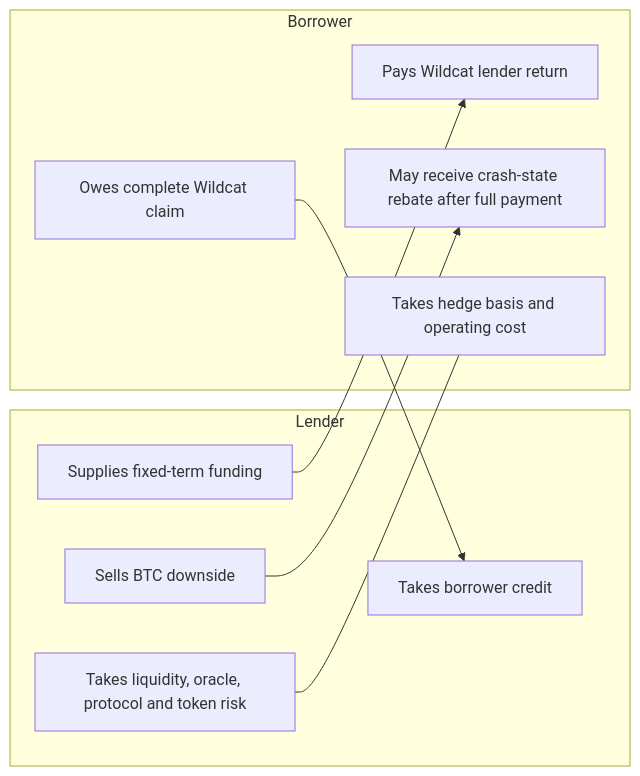
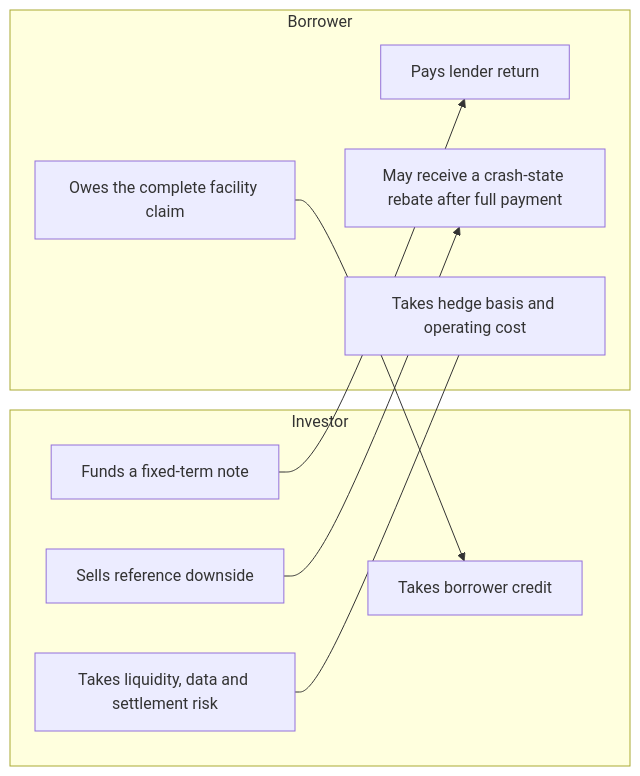
One commit to laurenceday/brc-research changed the sixth of 6 diagrams in docs/bd/infographics.md. Above: the diagram before and after it, drawn with Mermaid. The commit also changed other lines of this file and 25 other files, not shown here.

````diff
--- a/docs/bd/infographics.md
+++ b/docs/bd/infographics.md
@@ -91,19 +118,19 @@
 ```mermaid
 flowchart LR
-  subgraph Lender
-    L1[Supplies fixed-term funding]
-    L2[Takes borrower credit]
-    L3[Sells BTC downside]
-    L4[Takes liquidity, oracle, protocol and token risk]
+  subgraph Investor
+    I1[Funds a fixed-term note]
+    I2[Takes borrower credit]
+    I3[Sells reference downside]
+    I4[Takes liquidity, data and settlement risk]
   end
   subgraph Borrower
-    B1[Pays Wildcat lender return]
-    B2[Owes complete Wildcat claim]
-    B3[May receive crash-state rebate after full payment]
+    B1[Pays lender return]
+    B2[Owes the complete facility claim]
+    B3[May receive a crash-state rebate after full payment]
     B4[Takes hedge basis and operating cost]
   end
-  L1 --> B1
-  L3 --> B3
-  B2 --> L2
-  L4 --- B4
+  I1 --> B1
+  I3 --> B3
+  B2 --> I2
+  I4 --- B4
 ```
````
